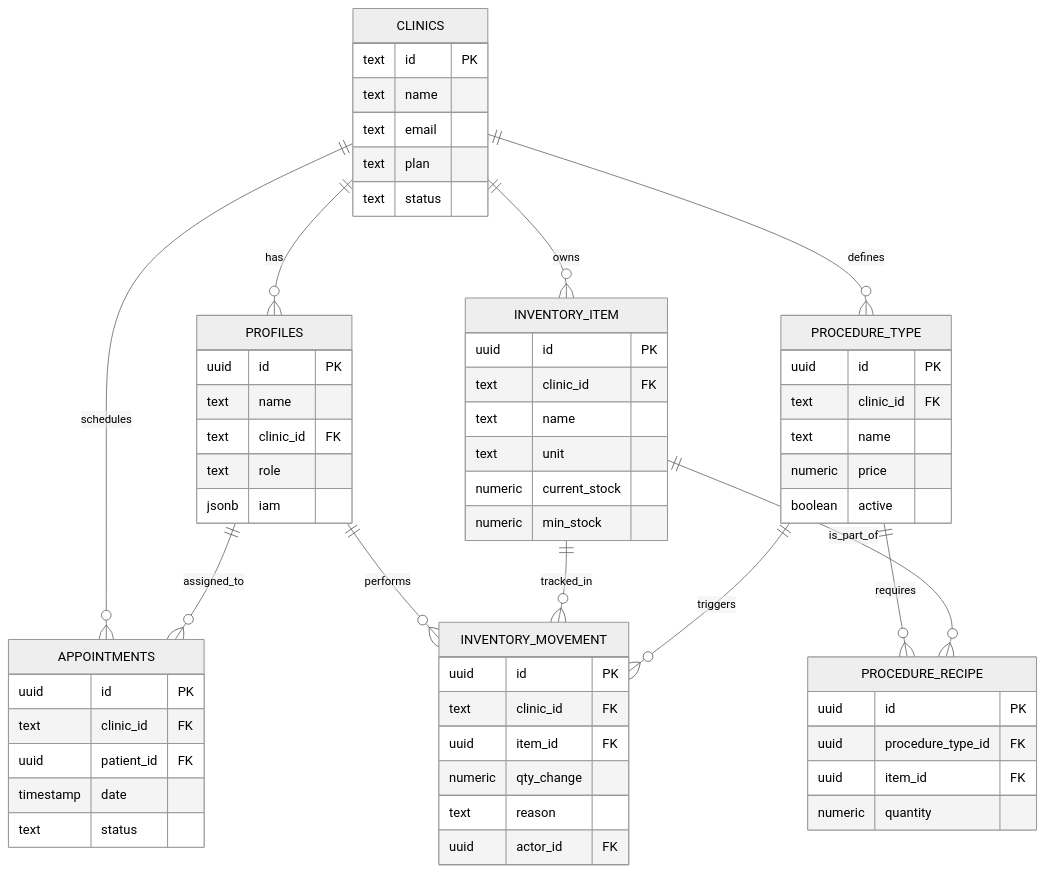
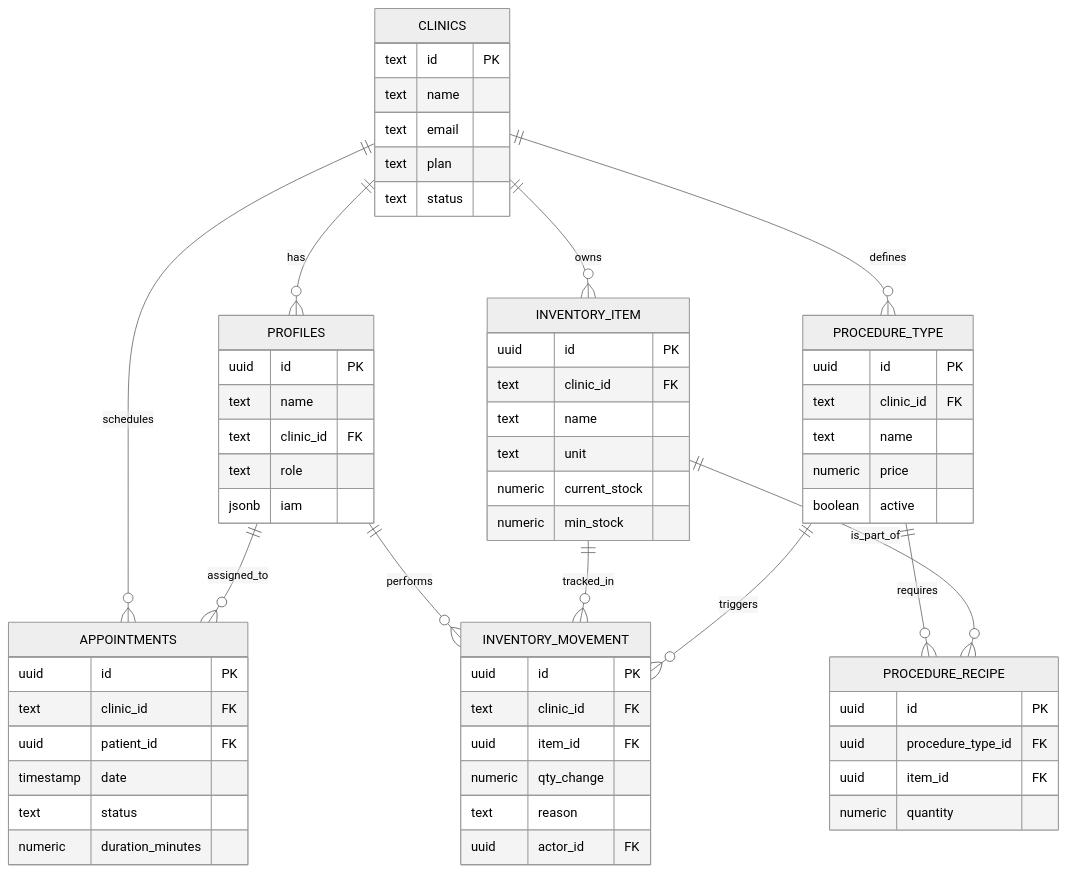
Before and after one commit to bbanho/intraclinica-supabase: the diagram in docs/DATABASE_SCHEMA.md, drawn with Mermaid (neutral theme). The commit also changed 32 other files, not shown here.

````diff
--- a/docs/DATABASE_SCHEMA.md
+++ b/docs/DATABASE_SCHEMA.md
@@ -5,73 +5,74 @@
 ```mermaid
 erDiagram
     CLINICS ||--o{ PROFILES : "has"
     CLINICS ||--o{ INVENTORY_ITEM : "owns"
     CLINICS ||--o{ PROCEDURE_TYPE : "defines"
     CLINICS ||--o{ APPOINTMENTS : "schedules"
     
     PROFILES ||--o{ APPOINTMENTS : "assigned_to"
     PROFILES ||--o{ INVENTORY_MOVEMENT : "performs"
     
     PROCEDURE_TYPE ||--o{ PROCEDURE_RECIPE : "requires"
     INVENTORY_ITEM ||--o{ PROCEDURE_RECIPE : "is_part_of"
     
     INVENTORY_ITEM ||--o{ INVENTORY_MOVEMENT : "tracked_in"
     PROCEDURE_TYPE ||--o{ INVENTORY_MOVEMENT : "triggers"
 
     CLINICS {
         text id PK
         text name
         text email
         text plan
         text status
     }
 
     PROFILES {
         uuid id PK
         text name
         text clinic_id FK
         text role
         jsonb iam
     }
 
     INVENTORY_ITEM {
         uuid id PK
         text clinic_id FK
         text name
         text unit
         numeric current_stock
         numeric min_stock
     }
 
     PROCEDURE_TYPE {
         uuid id PK
         text clinic_id FK
         text name
         numeric price
         boolean active
     }
 
     PROCEDURE_RECIPE {
         uuid id PK
         uuid procedure_type_id FK
         uuid item_id FK
         numeric quantity
     }
 
     INVENTORY_MOVEMENT {
         uuid id PK
         text clinic_id FK
         uuid item_id FK
         numeric qty_change
         text reason
         uuid actor_id FK
     }
 
     APPOINTMENTS {
         uuid id PK
         text clinic_id FK
         uuid patient_id FK
         timestamp date
         text status
+        numeric duration_minutes
     }
 ```
````
